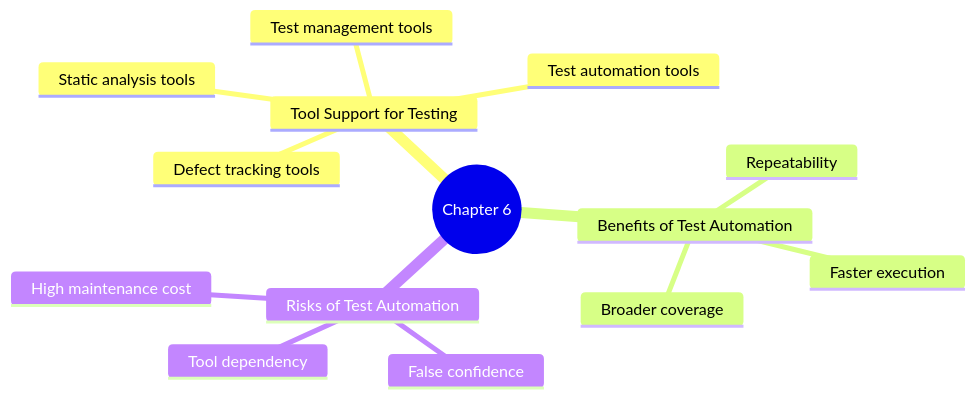
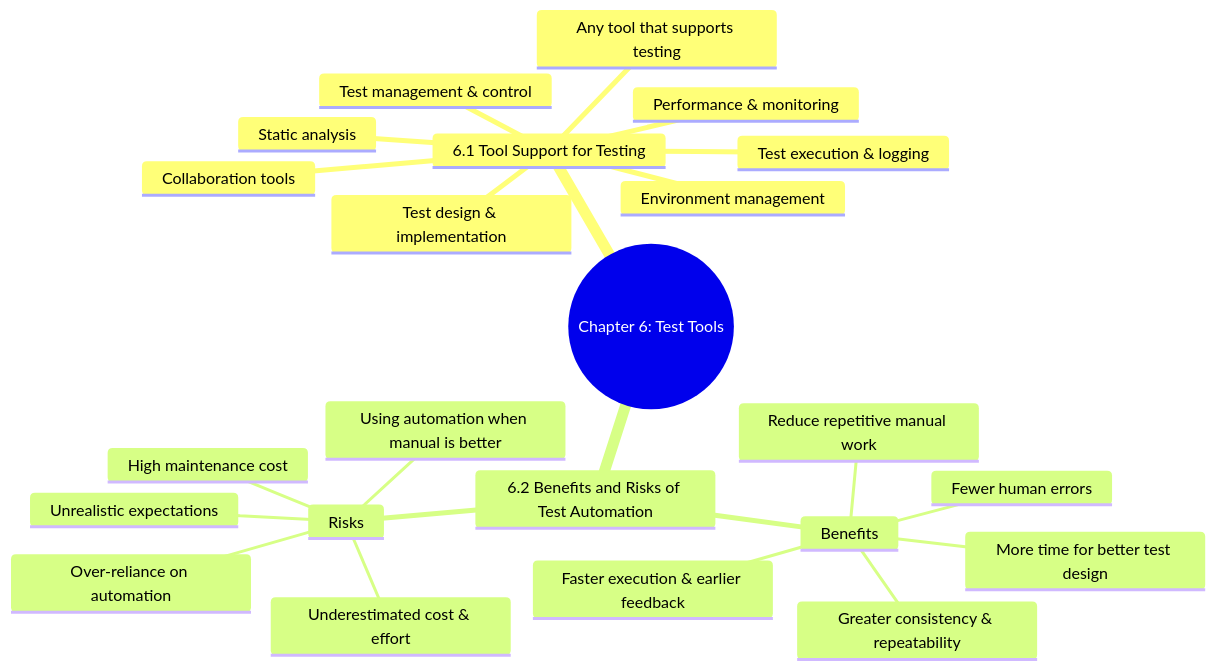
The diagram in doc/chapter6/mind_map_chapter6.md (BaoNV1/ISTQB-app), drawn with Mermaid before and after one commit. The commit also changed 6 other files, not shown here.

````diff
--- a/doc/chapter6/mind_map_chapter6.md
+++ b/doc/chapter6/mind_map_chapter6.md
@@ -5,17 +5,26 @@
 ```mermaid
 mindmap
-  root((Chapter 6))
-    Tool Support for Testing
-      Test management tools
-      Test automation tools
-      Static analysis tools
-      Defect tracking tools
-    Benefits of Test Automation
-      Faster execution
-      Repeatability
-      Broader coverage
-    Risks of Test Automation
-      High maintenance cost
-      False confidence
-      Tool dependency
+  root((Chapter 6: Test Tools))
+    6.1 Tool Support for Testing
+      Test management & control
+      Test design & implementation
+      Test execution & logging
+      Performance & monitoring
+      Static analysis
+      Collaboration tools
+      Environment management
+      Any tool that supports testing
+    6.2 Benefits and Risks of Test Automation
+      Benefits
+        Reduce repetitive manual work
+        Greater consistency & repeatability
+        Faster execution & earlier feedback
+        More time for better test design
+        Fewer human errors
+      Risks
+        Unrealistic expectations
+        Underestimated cost & effort
+        Using automation when manual is better
+        High maintenance cost
+        Over-reliance on automation
 ```
````
